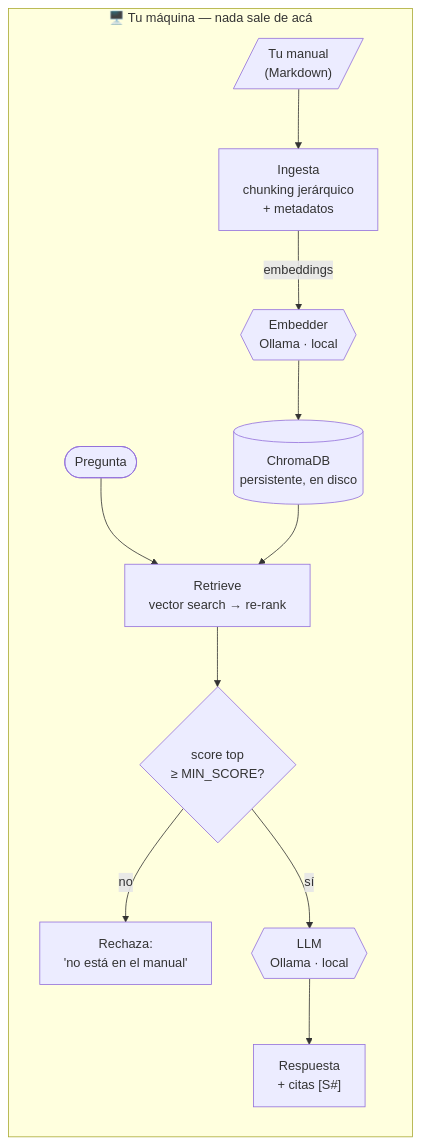
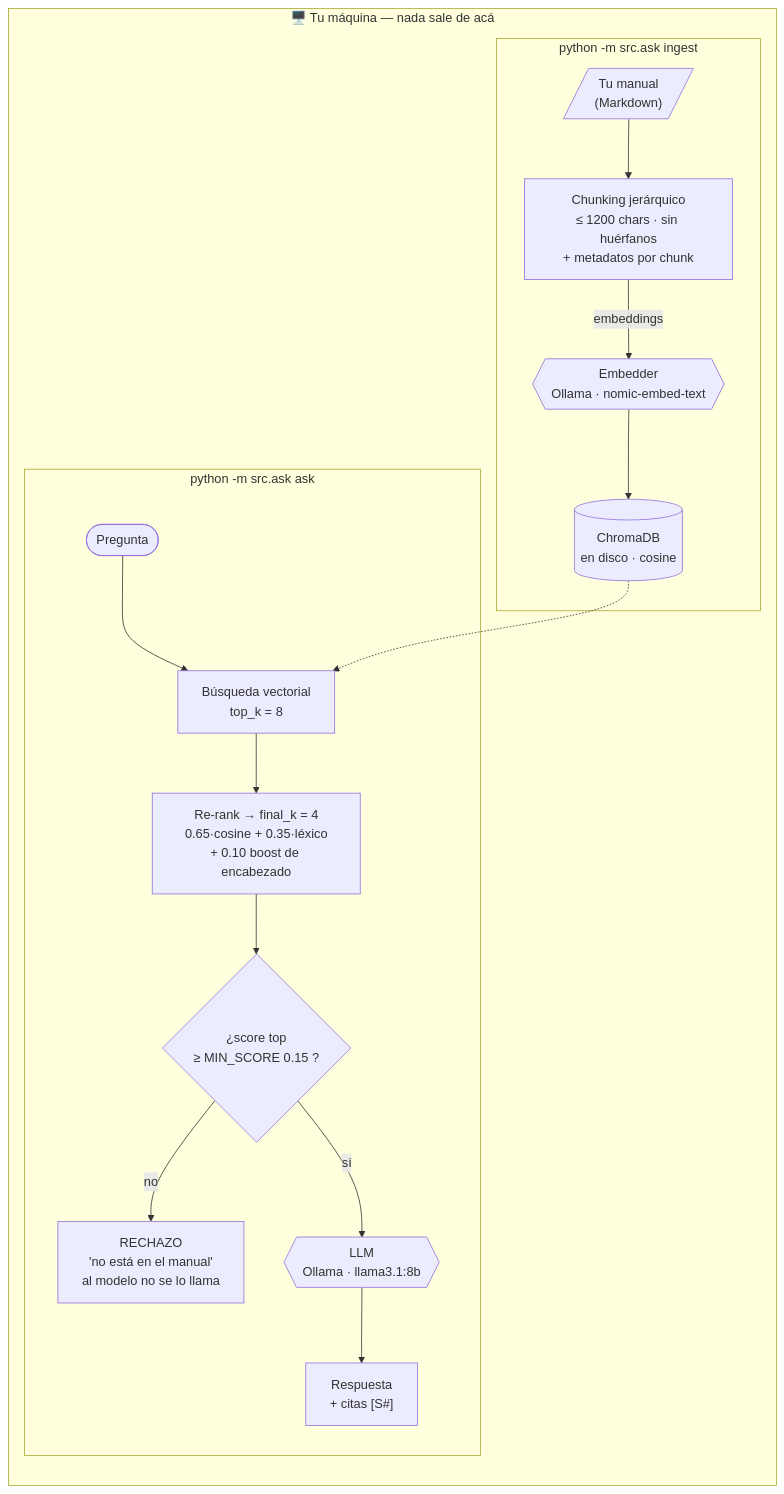
Before and after one commit to msemino/private-clinical-rag: the diagram in README.es.md, drawn with Mermaid. The commit also changed other lines of this file and 2 other files, not shown here.

First line of the commit message:
README: diagrama por comando, tabla nodo->codigo, CI real y el trade-off medido

````diff
--- a/README.es.md
+++ b/README.es.md
@@ -41,14 +45,19 @@
 ```mermaid
 flowchart LR
     subgraph Local["🖥️  Tu máquina — nada sale de acá"]
-        DOC[/"Tu manual<br/>(Markdown)"/] --> ING["Ingesta<br/>chunking jerárquico<br/>+ metadatos"]
-        ING -->|embeddings| EMB{{"Embedder<br/>Ollama · local"}}
-        EMB --> VDB[("ChromaDB<br/>persistente, en disco")]
-        Q(["Pregunta"]) --> RET["Retrieve<br/>vector search → re-rank"]
-        VDB --> RET
-        RET --> GATE{"score top<br/>≥ MIN_SCORE?"}
-        GATE -- no --> REF["Rechaza:<br/>'no está en el manual'"]
-        GATE -- sí --> LLM{{"LLM<br/>Ollama · local"}}
-        LLM --> ANS["Respuesta<br/>+ citas [S#]"]
+        subgraph Ingesta["python -m src.ask ingest"]
+            DOC[/"Tu manual<br/>(Markdown)"/] --> ING["Chunking jerárquico<br/>≤ 1200 chars · sin huérfanos<br/>+ metadatos por chunk"]
+            ING -->|embeddings| EMB{{"Embedder<br/>Ollama · nomic-embed-text"}}
+            EMB --> VDB[("ChromaDB<br/>en disco · cosine")]
+        end
+        subgraph Consulta["python -m src.ask ask"]
+            Q(["Pregunta"]) --> RET["Búsqueda vectorial<br/>top_k = 8"]
+            RET --> RR["Re-rank → final_k = 4<br/>0.65·cosine + 0.35·léxico<br/>+ 0.10 boost de encabezado"]
+            RR --> GATE{"¿score top<br/>≥ MIN_SCORE 0.15 ?"}
+            GATE -- no --> REF["RECHAZO<br/>'no está en el manual'<br/>al modelo no se lo llama"]
+            GATE -- sí --> LLM{{"LLM<br/>Ollama · llama3.1:8b"}}
+            LLM --> ANS["Respuesta<br/>+ citas [S#]"]
+        end
+        VDB -.-> RET
     end
 ```
````
